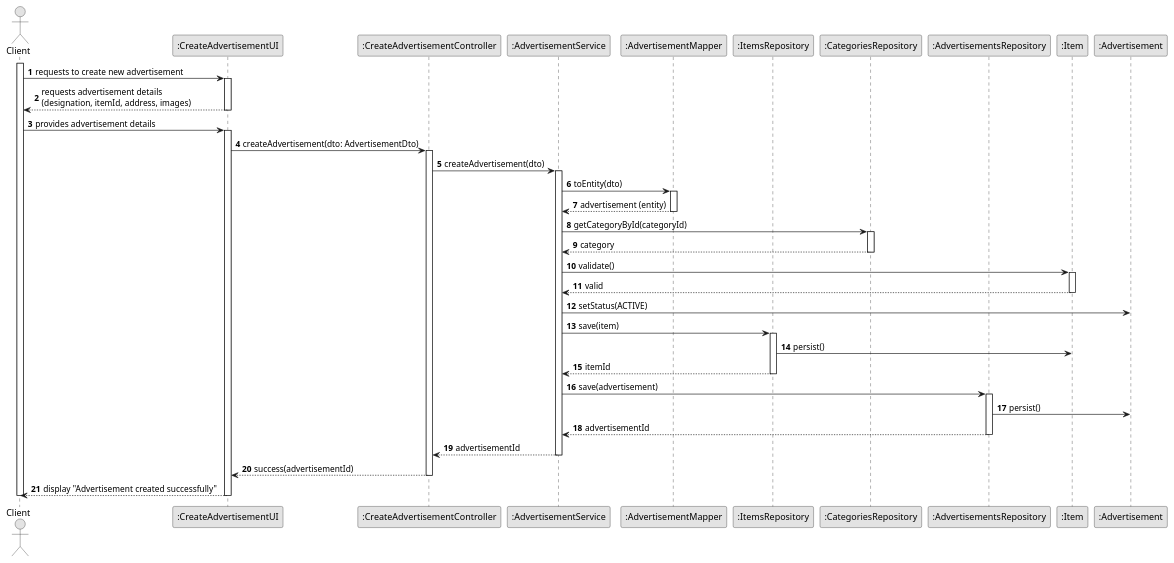
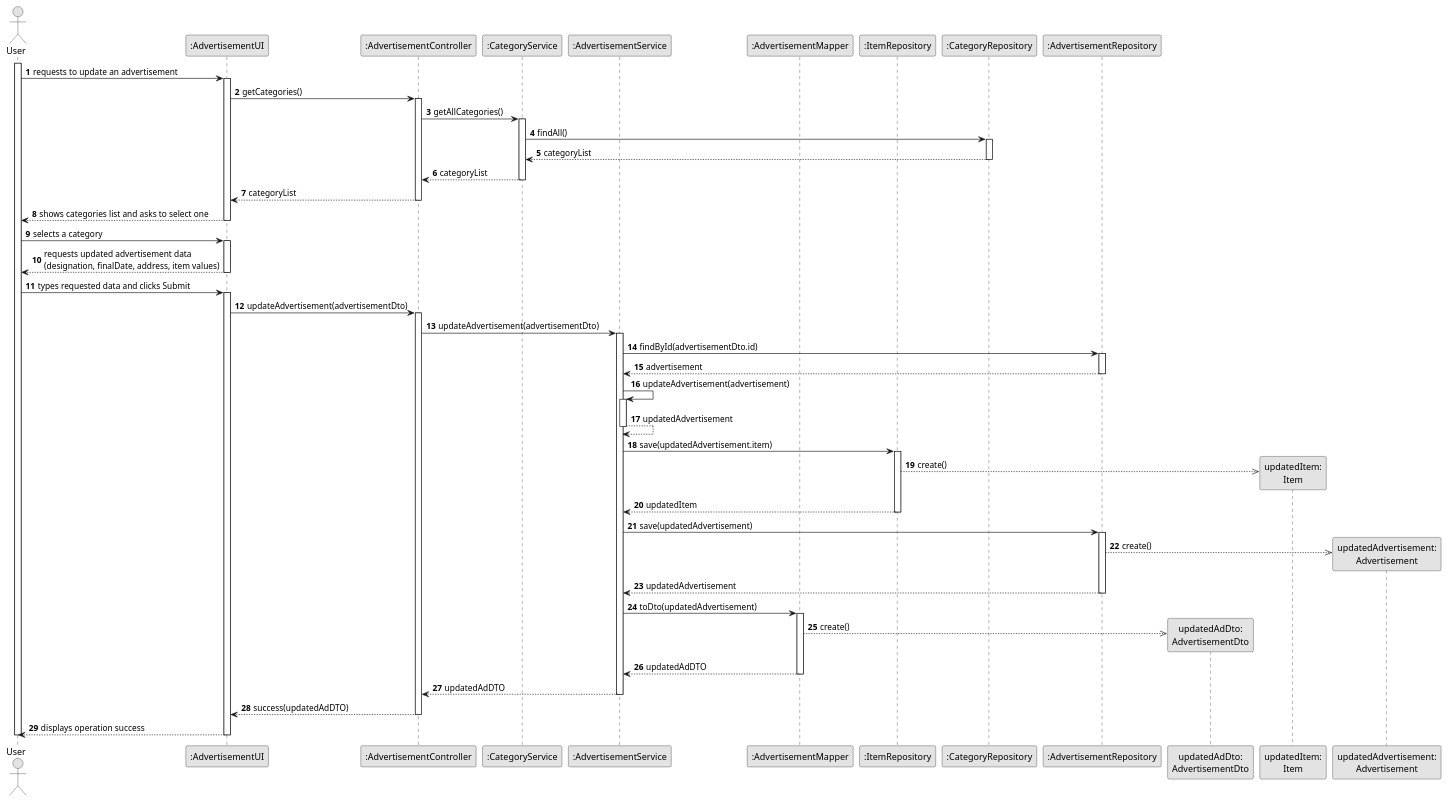
Before and after one commit to vivianeaalmeida/ComeAndGet: the diagram in Docs/US13/03-design/US13-SD.puml, drawn with PlantUML. The commit also changed 7 other files, not shown here.

```diff
--- a/Docs/US13/03-design/US13-SD.puml
+++ b/Docs/US13/03-design/US13-SD.puml
@@ -1,74 +1,101 @@
 @startuml
 skinparam monochrome true
 skinparam packageStyle rectangle
 skinparam shadowing false
 
 autonumber
 
-actor "Client" as CLIENT
-participant ":CreateAdvertisementUI" as UI
-participant ":CreateAdvertisementController" as CTRL
-participant ":AdvertisementService" as SERVICE
-participant ":AdvertisementMapper" as MAPPER
-participant ":ItemsRepository" as ITEM_REPO
-participant ":CategoriesRepository" as CAT_REPO
-participant ":AdvertisementsRepository" as AD_REPO
-participant ":Item" as ITEM
-participant ":Advertisement" as AD
+actor "User" as USER
+participant ":AdvertisementUI" as UI
+participant ":AdvertisementController" as CTRL
+participant ":CategoryService" as CAT_SERVICE
+participant ":AdvertisementService" as AD_SERVICE
 
-activate CLIENT
+participant ":AdvertisementMapper" as AD_MAPPER
+participant ":ItemRepository" as ITEM_REPO
+participant ":CategoryRepository" as CAT_REPO
+participant ":AdvertisementRepository" as AD_REPO
 
-    CLIENT -> UI : requests to create new advertisement
+participant "updatedAdDto:\nAdvertisementDto" as AD_DTO
+participant "updatedItem:\nItem" as ITEM
+participant "updatedAdvertisement:\nAdvertisement" as UPDATED_AD
+
+activate USER
+
+    USER -> UI : requests to update an advertisement
     activate UI
 
-        UI --> CLIENT : requests advertisement details\n(designation, itemId, address, images)
+        UI -> CTRL : getCategories()
+        activate CTRL
+
+            CTRL -> CAT_SERVICE : getAllCategories()
+            activate CAT_SERVICE
+
+                CAT_SERVICE -> CAT_REPO : findAll()
+                activate CAT_REPO
+                    CAT_REPO --> CAT_SERVICE : categoryList
+                deactivate CAT_REPO
+
+                CAT_SERVICE --> CTRL : categoryList
+            deactivate CAT_SERVICE
+
+            CTRL --> UI : categoryList
+        deactivate CTRL
+
+        UI --> USER : shows categories list and asks to select one
     deactivate UI
 
-    CLIENT -> UI : provides advertisement details
+    USER -> UI : selects a category
     activate UI
 
-        UI -> CTRL : createAdvertisement(dto: AdvertisementDto)
+        UI --> USER : requests updated advertisement data \n(designation, finalDate, address, item values)
+    deactivate UI
+
+    USER -> UI : types requested data and clicks Submit
+    activate UI
+
+        UI -> CTRL : updateAdvertisement(advertisementDto)
         activate CTRL
 
-            CTRL -> SERVICE : createAdvertisement(dto)
-            activate SERVICE
+            CTRL -> AD_SERVICE : updateAdvertisement(advertisementDto)
+            activate AD_SERVICE
 
-                SERVICE -> MAPPER : toEntity(dto)
-                activate MAPPER
-                    MAPPER --> SERVICE : advertisement (entity)
-                deactivate MAPPER
+                AD_SERVICE -> AD_REPO : findById(advertisementDto.id)
+                activate AD_REPO
+                    AD_REPO --> AD_SERVICE : advertisement
+                deactivate AD_REPO
 
-                SERVICE -> CAT_REPO : getCategoryById(categoryId)
-                activate CAT_REPO
-                    CAT_REPO --> SERVICE : category
-                deactivate CAT_REPO
+                AD_SERVICE -> AD_SERVICE : updateAdvertisement(advertisement)
+                activate AD_SERVICE
+                    AD_SERVICE --> AD_SERVICE : updatedAdvertisement
+                deactivate AD_SERVICE
 
-                SERVICE -> ITEM : validate()
-                activate ITEM
-                    ITEM --> SERVICE : valid
-                deactivate ITEM
-
-                SERVICE -> AD : setStatus(ACTIVE)
-                SERVICE -> ITEM_REPO : save(item)
+                AD_SERVICE -> ITEM_REPO : save(updatedAdvertisement.item)
                 activate ITEM_REPO
-                    ITEM_REPO -> ITEM : persist()
-                    ITEM_REPO --> SERVICE : itemId
+                    ITEM_REPO -->> ITEM** : create()
+                    ITEM_REPO --> AD_SERVICE : updatedItem
                 deactivate ITEM_REPO
 
-                SERVICE -> AD_REPO : save(advertisement)
+                AD_SERVICE -> AD_REPO : save(updatedAdvertisement)
                 activate AD_REPO
-                    AD_REPO -> AD : persist()
-                    AD_REPO --> SERVICE : advertisementId
+                    AD_REPO -->> UPDATED_AD** : create()
+                    AD_REPO --> AD_SERVICE : updatedAdvertisement
                 deactivate AD_REPO
 
-                SERVICE --> CTRL : advertisementId
-            deactivate SERVICE
+                AD_SERVICE -> AD_MAPPER : toDto(updatedAdvertisement)
+                activate AD_MAPPER
+                    AD_MAPPER -->> AD_DTO** : create()
+                    AD_MAPPER --> AD_SERVICE : updatedAdDTO
+                deactivate AD_MAPPER
 
-            CTRL --> UI : success(advertisementId)
+                AD_SERVICE --> CTRL : updatedAdDTO
+            deactivate AD_SERVICE
+
+            CTRL --> UI : success(updatedAdDTO)
         deactivate CTRL
 
-        UI --> CLIENT : display "Advertisement created successfully"
+        UI --> USER : displays operation success
     deactivate UI
 
-deactivate CLIENT
+deactivate USER
 @enduml
```
